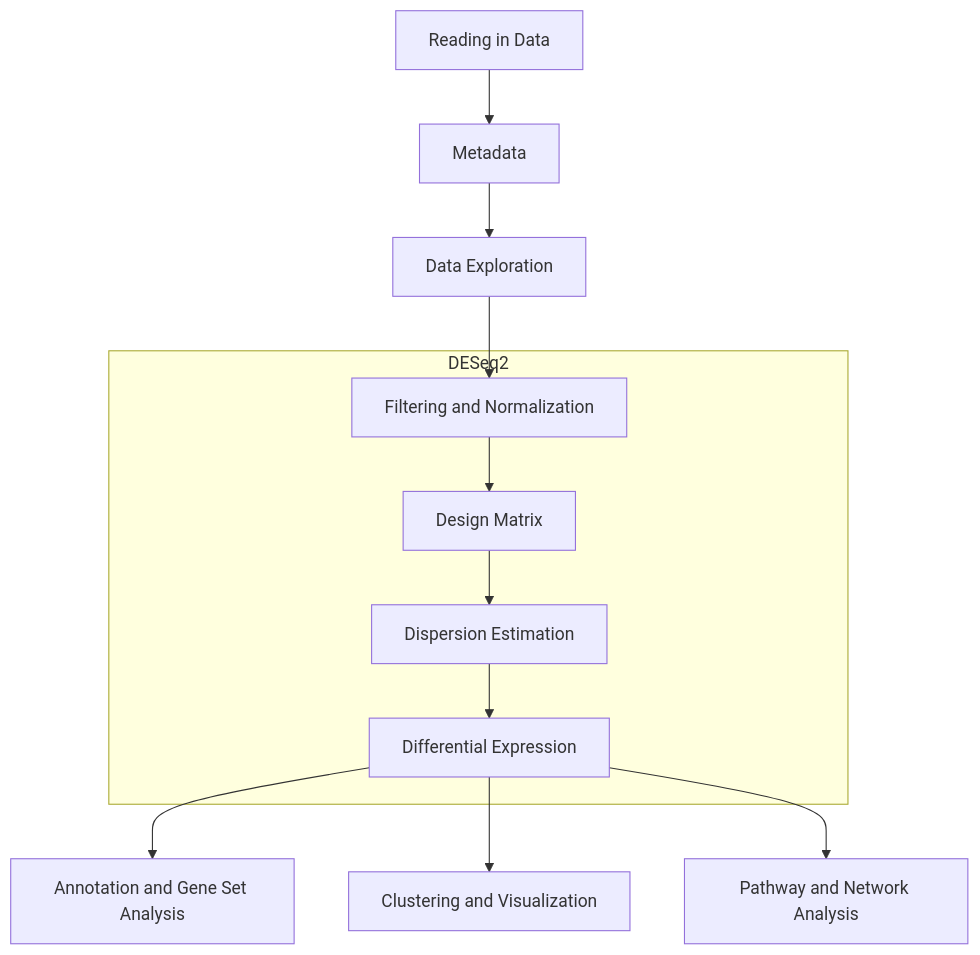
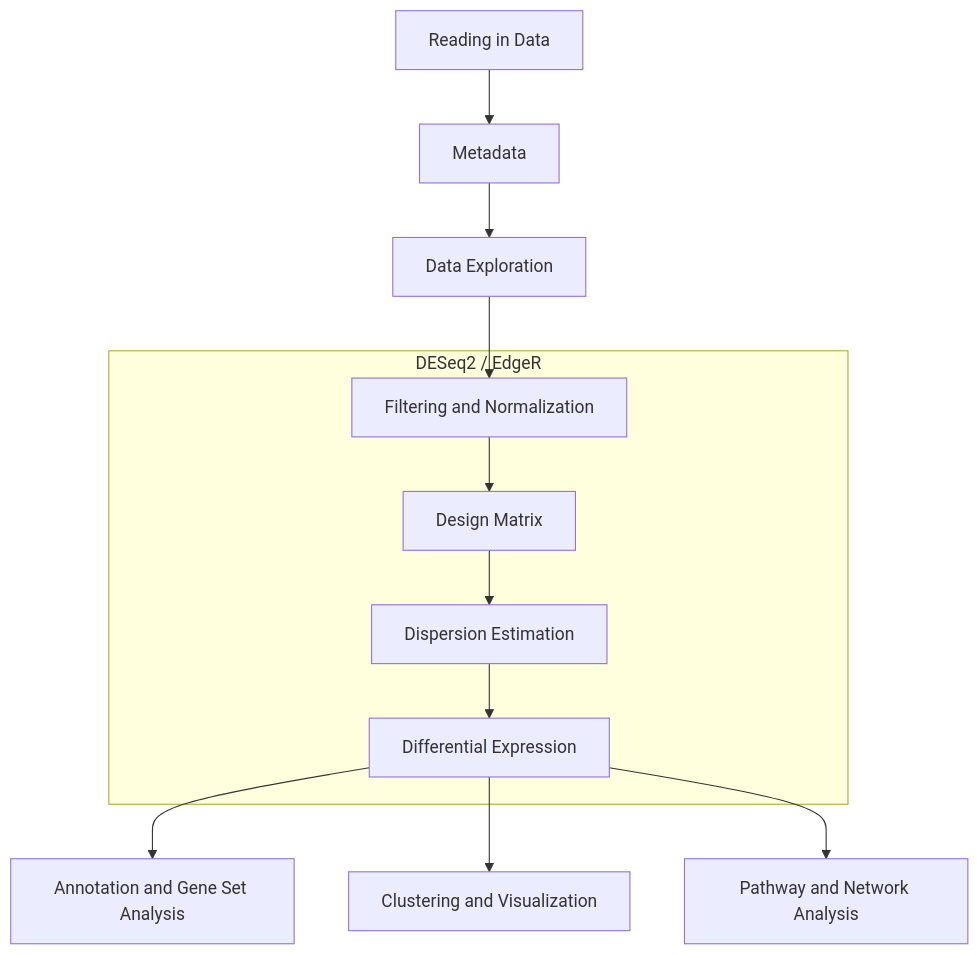
One commit to fhdsl/bioconductor_genomics changed the first of 2 diagrams in 03-differential-expression.qmd. Above: the diagram before and after it, drawn with Mermaid. The commit also changed other lines of this file and 1 other file, not shown here.

````diff
--- a/03-differential-expression.qmd
+++ b/03-differential-expression.qmd
@@ -82,15 +122,15 @@
 ```{mermaid}
 graph TD
 A[Reading in Data] --> B
 B[Metadata] --> C
 C[Data Exploration] --> D
-subgraph DESeq2
+subgraph "DESeq2 / EdgeR"
 D[Filtering and Normalization] --> E
 E[Design Matrix] --> F
 F[Dispersion Estimation] --> G
 G[Differential Expression]
 end
 G --> H[Annotation and Gene Set Analysis]
 G --> I[Clustering and Visualization]
 G --> J[Pathway and Network Analysis]
 ```
````
